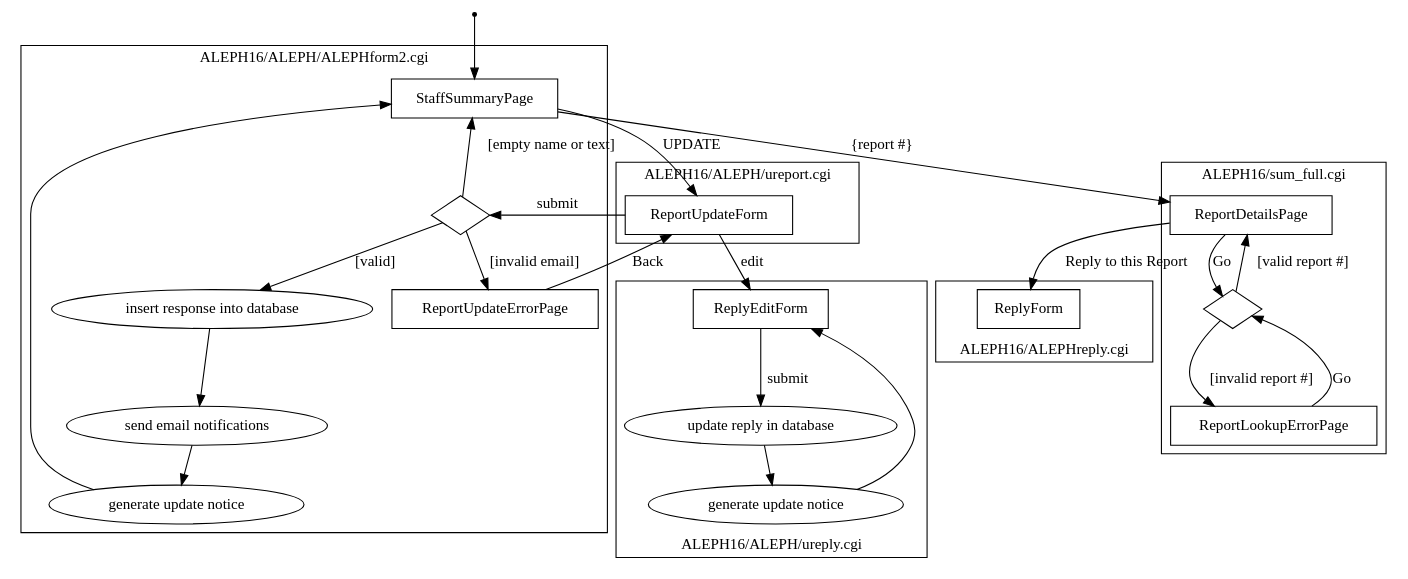
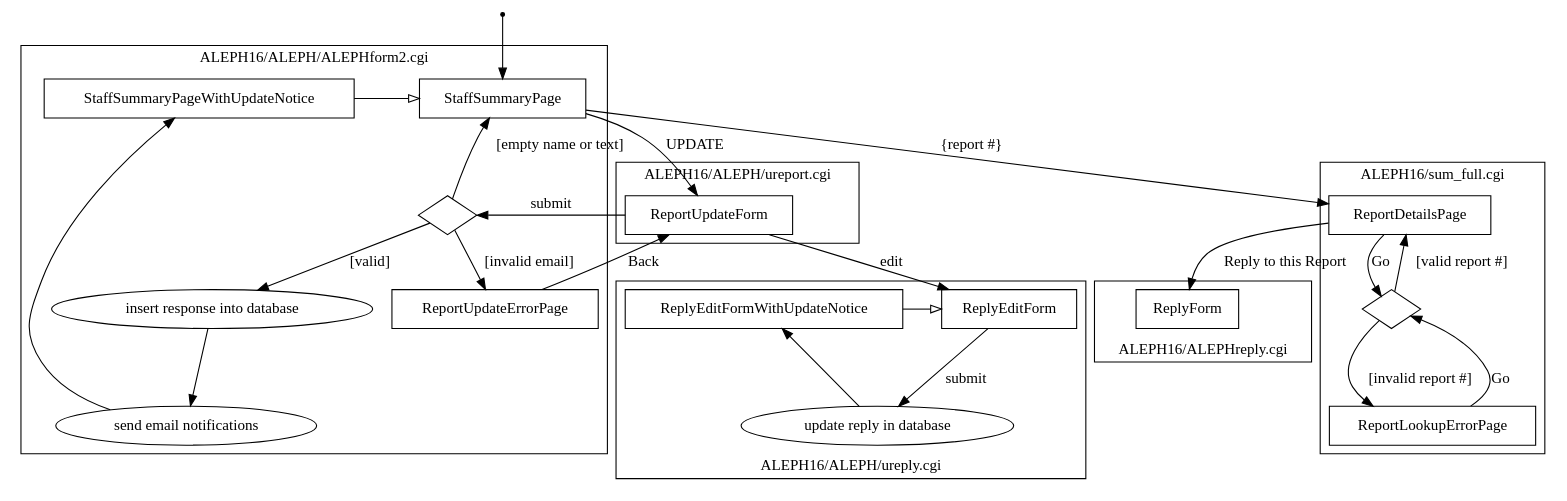
One commit to umd-lib/alephrx changed the diagram in docs/staffresponse.dot. Above: the diagram before and after it, drawn with Graphviz.

Commit message:
LIBILS-30: Made subclass-like notation to describe the pages with notification or confirmation messages on them.

```diff
--- a/docs/staffresponse.dot
+++ b/docs/staffresponse.dot
@@ -1,94 +1,92 @@
 // The AlephRx staff response and report updating process.
 
 digraph {
     // pages
     node [
         shape = rect
     ]
     StaffSummaryPage
+    // subclass-like relation
+    StaffSummaryPageWithUpdateNotice -> StaffSummaryPage [ arrowhead = empty ]
     ReportUpdateErrorPage
     ReportUpdateForm
     ReplyEditForm
+    // subclass-like relation
+    ReplyEditFormWithUpdateNotice -> ReplyEditForm [ arrowhead = empty ]
     ReplyForm
     ReportDetailsPage
     ReportLookupErrorPage
 
     // processes
     node [
         shape = ellipse
     ]
     insert_response [ label = "insert response into database" ]
     send_email [ label = "send email notifications" ]
-    generate_report_update_notice [ label = "generate update notice" ]
-    generate_reply_update_notice [ label = "generate update notice" ]
     update_reply [ label = "update reply in database" ]
 
     // error checking
     node [
         shape = diamond
         label = ""
     ]
     validate_response
     validate_report_number
 
     // set the starting page
     start [ shape = point ]
     start -> StaffSummaryPage
 
     // application flow
     StaffSummaryPage -> ReportUpdateForm [ label = "UPDATE" ]
     ReportUpdateForm -> validate_response [ label = "submit" ]
     validate_response -> insert_response [ label = "[valid]" ]
     validate_response -> ReportUpdateErrorPage [ label = "[invalid email]" ]
     ReportUpdateErrorPage -> ReportUpdateForm [ label = "Back" ]
     validate_response -> StaffSummaryPage [ label = "[empty name or text]" ]
     insert_response -> send_email
-    send_email -> generate_report_update_notice
-    generate_report_update_notice -> StaffSummaryPage
+    send_email -> StaffSummaryPageWithUpdateNotice
     
     StaffSummaryPage -> ReportDetailsPage [ label = "{report #}" ]
     ReportDetailsPage -> validate_report_number [ label = "Go" ]
     validate_report_number -> ReportLookupErrorPage [ label = "[invalid report #]" ]
     ReportLookupErrorPage -> validate_report_number [ label = "Go" ]
     validate_report_number -> ReportDetailsPage [ label = "[valid report #]" ]
     ReportDetailsPage -> ReplyForm [ label = "Reply to this Report" ]
 
     ReportUpdateForm -> ReplyEditForm [ label = "edit" ]
     ReplyEditForm -> update_reply [ label = "submit" ]
-    update_reply -> generate_reply_update_notice
-    generate_reply_update_notice -> ReplyEditForm
+    update_reply -> ReplyEditFormWithUpdateNotice
     
     // group the pages and processes by which script handles them
     subgraph cluster_0 {
         label = "ALEPH16/ALEPH/ALEPHform2.cgi"
         // use rank = min to ensure this page is at the top of the diagram
-        { rank = min; StaffSummaryPage }
+        { rank = min; StaffSummaryPage StaffSummaryPageWithUpdateNotice }
         ReportUpdateErrorPage
         validate_response
         insert_response
         send_email
-        generate_report_update_notice
     }
     subgraph cluster_1 {
         label = "ALEPH16/ALEPH/ureport.cgi"
         ReportUpdateForm
     }
     subgraph cluster_2 {
         label = "ALEPH16/ALEPH/ureply.cgi"
         labelloc = b
-        ReplyEditForm
+        { rank = min; ReplyEditForm ReplyEditFormWithUpdateNotice }
         update_reply
-        generate_reply_update_notice
     }
     subgraph cluster_3 {
         label = "ALEPH16/sum_full.cgi"
         ReportDetailsPage
         validate_report_number
         ReportLookupErrorPage
     }
     subgraph cluster_4 {
         label = "ALEPH16/ALEPHreply.cgi"
         labelloc = b
         ReplyForm
     }
 }
```
